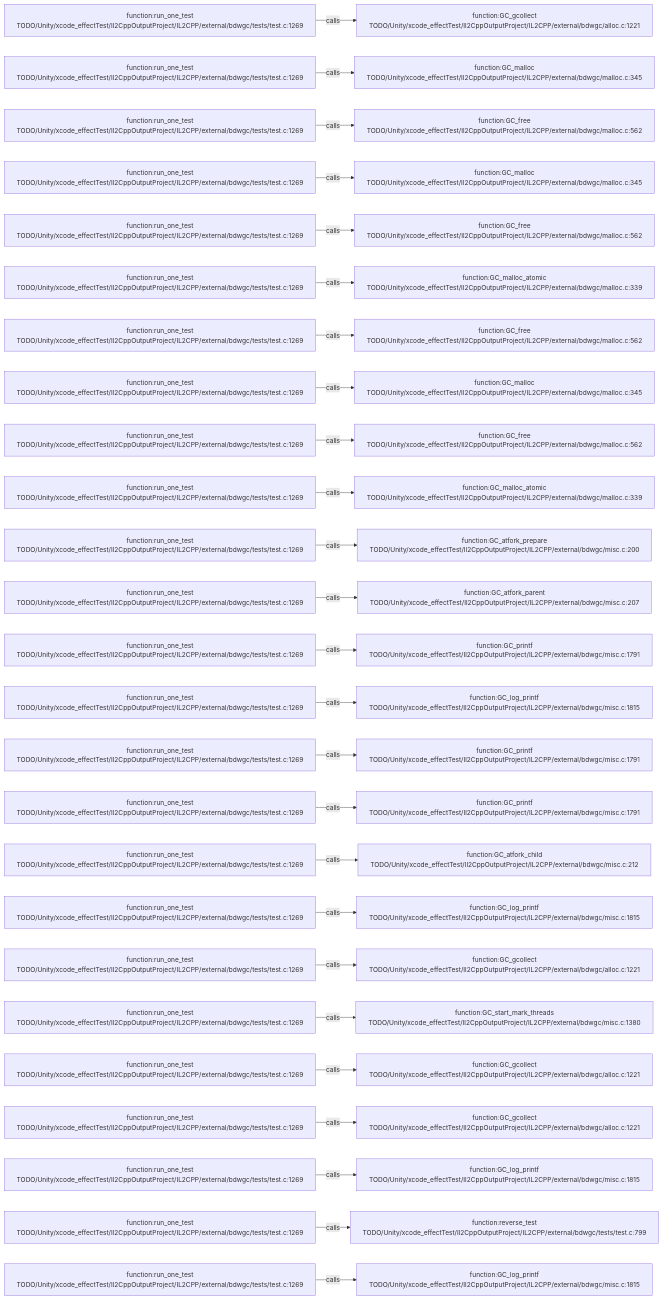
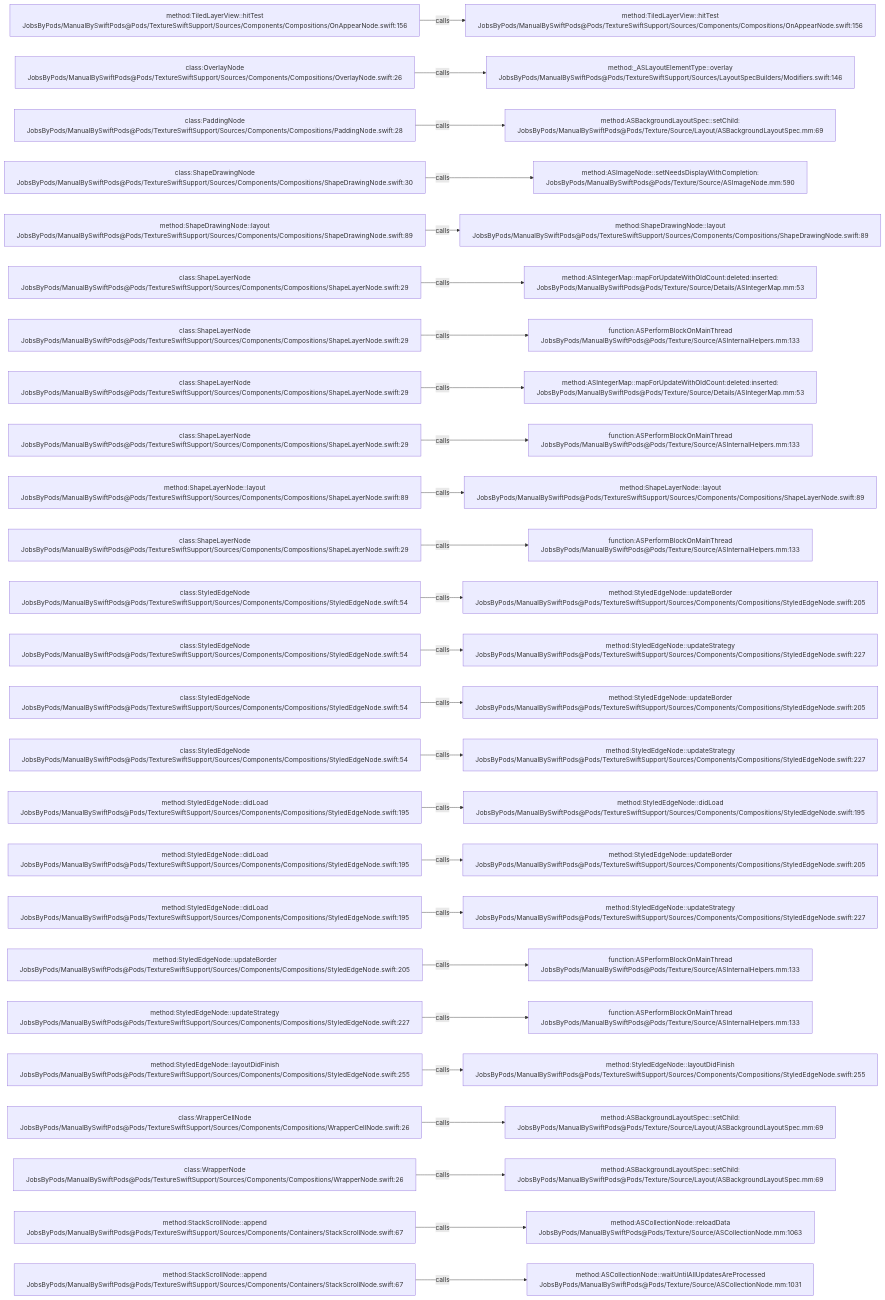
One commit to JobsKits/JobsSwiftBaseConfigDemo changed the diagram in .codegraph/codegraph.md/graphs/calls-173.md. Above: the diagram before and after it, drawn with Mermaid. The commit also changed 2959 other files, not shown here.

````diff
--- a/.codegraph/codegraph.md/graphs/calls-173.md
+++ b/.codegraph/codegraph.md/graphs/calls-173.md
@@ -13,78 +13,78 @@
 ```mermaid
 flowchart LR
-  S1["function:run_one_test<br/>TODO/Unity/xcode_effectTest/Il2CppOutputProject/IL2CPP/external/bdwgc/tests/test.c:1269"]
-  T1["function:GC_gcollect<br/>TODO/Unity/xcode_effectTest/Il2CppOutputProject/IL2CPP/external/bdwgc/alloc.c:1221"]
+  S1["method:TiledLayerView::hitTest<br/>JobsByPods/ManualBySwiftPods@Pods/TextureSwiftSupport/Sources/Components/Compositions/OnAppearNode.swift:156"]
+  T1["method:TiledLayerView::hitTest<br/>JobsByPods/ManualBySwiftPods@Pods/TextureSwiftSupport/Sources/Components/Compositions/OnAppearNode.swift:156"]
   S1 -->|calls| T1
-  S2["function:run_one_test<br/>TODO/Unity/xcode_effectTest/Il2CppOutputProject/IL2CPP/external/bdwgc/tests/test.c:1269"]
-  T2["function:GC_malloc<br/>TODO/Unity/xcode_effectTest/Il2CppOutputProject/IL2CPP/external/bdwgc/malloc.c:345"]
+  S2["class:OverlayNode<br/>JobsByPods/ManualBySwiftPods@Pods/TextureSwiftSupport/Sources/Components/Compositions/OverlayNode.swift:26"]
+  T2["method:_ASLayoutElementType::overlay<br/>JobsByPods/ManualBySwiftPods@Pods/TextureSwiftSupport/Sources/LayoutSpecBuilders/Modifiers.swift:146"]
   S2 -->|calls| T2
-  S3["function:run_one_test<br/>TODO/Unity/xcode_effectTest/Il2CppOutputProject/IL2CPP/external/bdwgc/tests/test.c:1269"]
-  T3["function:GC_free<br/>TODO/Unity/xcode_effectTest/Il2CppOutputProject/IL2CPP/external/bdwgc/malloc.c:562"]
+  S3["class:PaddingNode<br/>JobsByPods/ManualBySwiftPods@Pods/TextureSwiftSupport/Sources/Components/Compositions/PaddingNode.swift:28"]
+  T3["method:ASBackgroundLayoutSpec::setChild:<br/>JobsByPods/ManualBySwiftPods@Pods/Texture/Source/Layout/ASBackgroundLayoutSpec.mm:69"]
   S3 -->|calls| T3
-  S4["function:run_one_test<br/>TODO/Unity/xcode_effectTest/Il2CppOutputProject/IL2CPP/external/bdwgc/tests/test.c:1269"]
-  T4["function:GC_malloc<br/>TODO/Unity/xcode_effectTest/Il2CppOutputProject/IL2CPP/external/bdwgc/malloc.c:345"]
+  S4["class:ShapeDrawingNode<br/>JobsByPods/ManualBySwiftPods@Pods/TextureSwiftSupport/Sources/Components/Compositions/ShapeDrawingNode.swift:30"]
+  T4["method:ASImageNode::setNeedsDisplayWithCompletion:<br/>JobsByPods/ManualBySwiftPods@Pods/Texture/Source/ASImageNode.mm:590"]
   S4 -->|calls| T4
-  S5["function:run_one_test<br/>TODO/Unity/xcode_effectTest/Il2CppOutputProject/IL2CPP/external/bdwgc/tests/test.c:1269"]
-  T5["function:GC_free<br/>TODO/Unity/xcode_effectTest/Il2CppOutputProject/IL2CPP/external/bdwgc/malloc.c:562"]
+  S5["method:ShapeDrawingNode::layout<br/>JobsByPods/ManualBySwiftPods@Pods/TextureSwiftSupport/Sources/Components/Compositions/ShapeDrawingNode.swift:89"]
+  T5["method:ShapeDrawingNode::layout<br/>JobsByPods/ManualBySwiftPods@Pods/TextureSwiftSupport/Sources/Components/Compositions/ShapeDrawingNode.swift:89"]
   S5 -->|calls| T5
-  S6["function:run_one_test<br/>TODO/Unity/xcode_effectTest/Il2CppOutputProject/IL2CPP/external/bdwgc/tests/test.c:1269"]
-  T6["function:GC_malloc_atomic<br/>TODO/Unity/xcode_effectTest/Il2CppOutputProject/IL2CPP/external/bdwgc/malloc.c:339"]
+  S6["class:ShapeLayerNode<br/>JobsByPods/ManualBySwiftPods@Pods/TextureSwiftSupport/Sources/Components/Compositions/ShapeLayerNode.swift:29"]
+  T6["method:ASIntegerMap::mapForUpdateWithOldCount:deleted:inserted:<br/>JobsByPods/ManualBySwiftPods@Pods/Texture/Source/Details/ASIntegerMap.mm:53"]
   S6 -->|calls| T6
-  S7["function:run_one_test<br/>TODO/Unity/xcode_effectTest/Il2CppOutputProject/IL2CPP/external/bdwgc/tests/test.c:1269"]
-  T7["function:GC_free<br/>TODO/Unity/xcode_effectTest/Il2CppOutputProject/IL2CPP/external/bdwgc/malloc.c:562"]
+  S7["class:ShapeLayerNode<br/>JobsByPods/ManualBySwiftPods@Pods/TextureSwiftSupport/Sources/Components/Compositions/ShapeLayerNode.swift:29"]
+  T7["function:ASPerformBlockOnMainThread<br/>JobsByPods/ManualBySwiftPods@Pods/Texture/Source/ASInternalHelpers.mm:133"]
   S7 -->|calls| T7
-  S8["function:run_one_test<br/>TODO/Unity/xcode_effectTest/Il2CppOutputProject/IL2CPP/external/bdwgc/tests/test.c:1269"]
-  T8["function:GC_malloc<br/>TODO/Unity/xcode_effectTest/Il2CppOutputProject/IL2CPP/external/bdwgc/malloc.c:345"]
+  S8["class:ShapeLayerNode<br/>JobsByPods/ManualBySwiftPods@Pods/TextureSwiftSupport/Sources/Components/Compositions/ShapeLayerNode.swift:29"]
+  T8["method:ASIntegerMap::mapForUpdateWithOldCount:deleted:inserted:<br/>JobsByPods/ManualBySwiftPods@Pods/Texture/Source/Details/ASIntegerMap.mm:53"]
   S8 -->|calls| T8
-  S9["function:run_one_test<br/>TODO/Unity/xcode_effectTest/Il2CppOutputProject/IL2CPP/external/bdwgc/tests/test.c:1269"]
-  T9["function:GC_free<br/>TODO/Unity/xcode_effectTest/Il2CppOutputProject/IL2CPP/external/bdwgc/malloc.c:562"]
+  S9["class:ShapeLayerNode<br/>JobsByPods/ManualBySwiftPods@Pods/TextureSwiftSupport/Sources/Components/Compositions/ShapeLayerNode.swift:29"]
+  T9["function:ASPerformBlockOnMainThread<br/>JobsByPods/ManualBySwiftPods@Pods/Texture/Source/ASInternalHelpers.mm:133"]
   S9 -->|calls| T9
-  S10["function:run_one_test<br/>TODO/Unity/xcode_effectTest/Il2CppOutputProject/IL2CPP/external/bdwgc/tests/test.c:1269"]
-  T10["function:GC_malloc_atomic<br/>TODO/Unity/xcode_effectTest/Il2CppOutputProject/IL2CPP/external/bdwgc/malloc.c:339"]
+  S10["method:ShapeLayerNode::layout<br/>JobsByPods/ManualBySwiftPods@Pods/TextureSwiftSupport/Sources/Components/Compositions/ShapeLayerNode.swift:89"]
+  T10["method:ShapeLayerNode::layout<br/>JobsByPods/ManualBySwiftPods@Pods/TextureSwiftSupport/Sources/Components/Compositions/ShapeLayerNode.swift:89"]
   S10 -->|calls| T10
-  S11["function:run_one_test<br/>TODO/Unity/xcode_effectTest/Il2CppOutputProject/IL2CPP/external/bdwgc/tests/test.c:1269"]
-  T11["function:GC_atfork_prepare<br/>TODO/Unity/xcode_effectTest/Il2CppOutputProject/IL2CPP/external/bdwgc/misc.c:200"]
+  S11["class:ShapeLayerNode<br/>JobsByPods/ManualBySwiftPods@Pods/TextureSwiftSupport/Sources/Components/Compositions/ShapeLayerNode.swift:29"]
+  T11["function:ASPerformBlockOnMainThread<br/>JobsByPods/ManualBySwiftPods@Pods/Texture/Source/ASInternalHelpers.mm:133"]
   S11 -->|calls| T11
-  S12["function:run_one_test<br/>TODO/Unity/xcode_effectTest/Il2CppOutputProject/IL2CPP/external/bdwgc/tests/test.c:1269"]
-  T12["function:GC_atfork_parent<br/>TODO/Unity/xcode_effectTest/Il2CppOutputProject/IL2CPP/external/bdwgc/misc.c:207"]
+  S12["class:StyledEdgeNode<br/>JobsByPods/ManualBySwiftPods@Pods/TextureSwiftSupport/Sources/Components/Compositions/StyledEdgeNode.swift:54"]
+  T12["method:StyledEdgeNode::updateBorder<br/>JobsByPods/ManualBySwiftPods@Pods/TextureSwiftSupport/Sources/Components/Compositions/StyledEdgeNode.swift:205"]
   S12 -->|calls| T12
-  S13["function:run_one_test<br/>TODO/Unity/xcode_effectTest/Il2CppOutputProject/IL2CPP/external/bdwgc/tests/test.c:1269"]
-  T13["function:GC_printf<br/>TODO/Unity/xcode_effectTest/Il2CppOutputProject/IL2CPP/external/bdwgc/misc.c:1791"]
+  S13["class:StyledEdgeNode<br/>JobsByPods/ManualBySwiftPods@Pods/TextureSwiftSupport/Sources/Components/Compositions/StyledEdgeNode.swift:54"]
+  T13["method:StyledEdgeNode::updateStrategy<br/>JobsByPods/ManualBySwiftPods@Pods/TextureSwiftSupport/Sources/Components/Compositions/StyledEdgeNode.swift:227"]
   S13 -->|calls| T13
-  S14["function:run_one_test<br/>TODO/Unity/xcode_effectTest/Il2CppOutputProject/IL2CPP/external/bdwgc/tests/test.c:1269"]
-  T14["function:GC_log_printf<br/>TODO/Unity/xcode_effectTest/Il2CppOutputProject/IL2CPP/external/bdwgc/misc.c:1815"]
+  S14["class:StyledEdgeNode<br/>JobsByPods/ManualBySwiftPods@Pods/TextureSwiftSupport/Sources/Components/Compositions/StyledEdgeNode.swift:54"]
+  T14["method:StyledEdgeNode::updateBorder<br/>JobsByPods/ManualBySwiftPods@Pods/TextureSwiftSupport/Sources/Components/Compositions/StyledEdgeNode.swift:205"]
   S14 -->|calls| T14
-  S15["function:run_one_test<br/>TODO/Unity/xcode_effectTest/Il2CppOutputProject/IL2CPP/external/bdwgc/tests/test.c:1269"]
-  T15["function:GC_printf<br/>TODO/Unity/xcode_effectTest/Il2CppOutputProject/IL2CPP/external/bdwgc/misc.c:1791"]
+  S15["class:StyledEdgeNode<br/>JobsByPods/ManualBySwiftPods@Pods/TextureSwiftSupport/Sources/Components/Compositions/StyledEdgeNode.swift:54"]
+  T15["method:StyledEdgeNode::updateStrategy<br/>JobsByPods/ManualBySwiftPods@Pods/TextureSwiftSupport/Sources/Components/Compositions/StyledEdgeNode.swift:227"]
   S15 -->|calls| T15
-  S16["function:run_one_test<br/>TODO/Unity/xcode_effectTest/Il2CppOutputProject/IL2CPP/external/bdwgc/tests/test.c:1269"]
-  T16["function:GC_printf<br/>TODO/Unity/xcode_effectTest/Il2CppOutputProject/IL2CPP/external/bdwgc/misc.c:1791"]
+  S16["method:StyledEdgeNode::didLoad<br/>JobsByPods/ManualBySwiftPods@Pods/TextureSwiftSupport/Sources/Components/Compositions/StyledEdgeNode.swift:195"]
+  T16["method:StyledEdgeNode::didLoad<br/>JobsByPods/ManualBySwiftPods@Pods/TextureSwiftSupport/Sources/Components/Compositions/StyledEdgeNode.swift:195"]
   S16 -->|calls| T16
-  S17["function:run_one_test<br/>TODO/Unity/xcode_effectTest/Il2CppOutputProject/IL2CPP/external/bdwgc/tests/test.c:1269"]
-  T17["function:GC_atfork_child<br/>TODO/Unity/xcode_effectTest/Il2CppOutputProject/IL2CPP/external/bdwgc/misc.c:212"]
+  S17["method:StyledEdgeNode::didLoad<br/>JobsByPods/ManualBySwiftPods@Pods/TextureSwiftSupport/Sources/Components/Compositions/StyledEdgeNode.swift:195"]
+  T17["method:StyledEdgeNode::updateBorder<br/>JobsByPods/ManualBySwiftPods@Pods/TextureSwiftSupport/Sources/Components/Compositions/StyledEdgeNode.swift:205"]
   S17 -->|calls| T17
-  S18["function:run_one_test<br/>TODO/Unity/xcode_effectTest/Il2CppOutputProject/IL2CPP/external/bdwgc/tests/test.c:1269"]
-  T18["function:GC_log_printf<br/>TODO/Unity/xcode_effectTest/Il2CppOutputProject/IL2CPP/external/bdwgc/misc.c:1815"]
+  S18["method:StyledEdgeNode::didLoad<br/>JobsByPods/ManualBySwiftPods@Pods/TextureSwiftSupport/Sources/Components/Compositions/StyledEdgeNode.swift:195"]
+  T18["method:StyledEdgeNode::updateStrategy<br/>JobsByPods/ManualBySwiftPods@Pods/TextureSwiftSupport/Sources/Components/Compositions/StyledEdgeNode.swift:227"]
   S18 -->|calls| T18
-  S19["function:run_one_test<br/>TODO/Unity/xcode_effectTest/Il2CppOutputProject/IL2CPP/external/bdwgc/tests/test.c:1269"]
-  T19["function:GC_gcollect<br/>TODO/Unity/xcode_effectTest/Il2CppOutputProject/IL2CPP/external/bdwgc/alloc.c:1221"]
+  S19["method:StyledEdgeNode::updateBorder<br/>JobsByPods/ManualBySwiftPods@Pods/TextureSwiftSupport/Sources/Components/Compositions/StyledEdgeNode.swift:205"]
+  T19["function:ASPerformBlockOnMainThread<br/>JobsByPods/ManualBySwiftPods@Pods/Texture/Source/ASInternalHelpers.mm:133"]
   S19 -->|calls| T19
-  S20["function:run_one_test<br/>TODO/Unity/xcode_effectTest/Il2CppOutputProject/IL2CPP/external/bdwgc/tests/test.c:1269"]
-  T20["function:GC_start_mark_threads<br/>TODO/Unity/xcode_effectTest/Il2CppOutputProject/IL2CPP/external/bdwgc/misc.c:1380"]
+  S20["method:StyledEdgeNode::updateStrategy<br/>JobsByPods/ManualBySwiftPods@Pods/TextureSwiftSupport/Sources/Components/Compositions/StyledEdgeNode.swift:227"]
+  T20["function:ASPerformBlockOnMainThread<br/>JobsByPods/ManualBySwiftPods@Pods/Texture/Source/ASInternalHelpers.mm:133"]
   S20 -->|calls| T20
-  S21["function:run_one_test<br/>TODO/Unity/xcode_effectTest/Il2CppOutputProject/IL2CPP/external/bdwgc/tests/test.c:1269"]
-  T21["function:GC_gcollect<br/>TODO/Unity/xcode_effectTest/Il2CppOutputProject/IL2CPP/external/bdwgc/alloc.c:1221"]
+  S21["method:StyledEdgeNode::layoutDidFinish<br/>JobsByPods/ManualBySwiftPods@Pods/TextureSwiftSupport/Sources/Components/Compositions/StyledEdgeNode.swift:255"]
+  T21["method:StyledEdgeNode::layoutDidFinish<br/>JobsByPods/ManualBySwiftPods@Pods/TextureSwiftSupport/Sources/Components/Compositions/StyledEdgeNode.swift:255"]
   S21 -->|calls| T21
-  S22["function:run_one_test<br/>TODO/Unity/xcode_effectTest/Il2CppOutputProject/IL2CPP/external/bdwgc/tests/test.c:1269"]
-  T22["function:GC_gcollect<br/>TODO/Unity/xcode_effectTest/Il2CppOutputProject/IL2CPP/external/bdwgc/alloc.c:1221"]
+  S22["class:WrapperCellNode<br/>JobsByPods/ManualBySwiftPods@Pods/TextureSwiftSupport/Sources/Components/Compositions/WrapperCellNode.swift:26"]
+  T22["method:ASBackgroundLayoutSpec::setChild:<br/>JobsByPods/ManualBySwiftPods@Pods/Texture/Source/Layout/ASBackgroundLayoutSpec.mm:69"]
   S22 -->|calls| T22
-  S23["function:run_one_test<br/>TODO/Unity/xcode_effectTest/Il2CppOutputProject/IL2CPP/external/bdwgc/tests/test.c:1269"]
-  T23["function:GC_log_printf<br/>TODO/Unity/xcode_effectTest/Il2CppOutputProject/IL2CPP/external/bdwgc/misc.c:1815"]
+  S23["class:WrapperNode<br/>JobsByPods/ManualBySwiftPods@Pods/TextureSwiftSupport/Sources/Components/Compositions/WrapperNode.swift:26"]
+  T23["method:ASBackgroundLayoutSpec::setChild:<br/>JobsByPods/ManualBySwiftPods@Pods/Texture/Source/Layout/ASBackgroundLayoutSpec.mm:69"]
   S23 -->|calls| T23
-  S24["function:run_one_test<br/>TODO/Unity/xcode_effectTest/Il2CppOutputProject/IL2CPP/external/bdwgc/tests/test.c:1269"]
-  T24["function:reverse_test<br/>TODO/Unity/xcode_effectTest/Il2CppOutputProject/IL2CPP/external/bdwgc/tests/test.c:799"]
+  S24["method:StackScrollNode::append<br/>JobsByPods/ManualBySwiftPods@Pods/TextureSwiftSupport/Sources/Components/Containers/StackScrollNode.swift:67"]
+  T24["method:ASCollectionNode::reloadData<br/>JobsByPods/ManualBySwiftPods@Pods/Texture/Source/ASCollectionNode.mm:1063"]
   S24 -->|calls| T24
-  S25["function:run_one_test<br/>TODO/Unity/xcode_effectTest/Il2CppOutputProject/IL2CPP/external/bdwgc/tests/test.c:1269"]
-  T25["function:GC_log_printf<br/>TODO/Unity/xcode_effectTest/Il2CppOutputProject/IL2CPP/external/bdwgc/misc.c:1815"]
+  S25["method:StackScrollNode::append<br/>JobsByPods/ManualBySwiftPods@Pods/TextureSwiftSupport/Sources/Components/Containers/StackScrollNode.swift:67"]
+  T25["method:ASCollectionNode::waitUntilAllUpdatesAreProcessed<br/>JobsByPods/ManualBySwiftPods@Pods/Texture/Source/ASCollectionNode.mm:1031"]
   S25 -->|calls| T25
 ```
````
